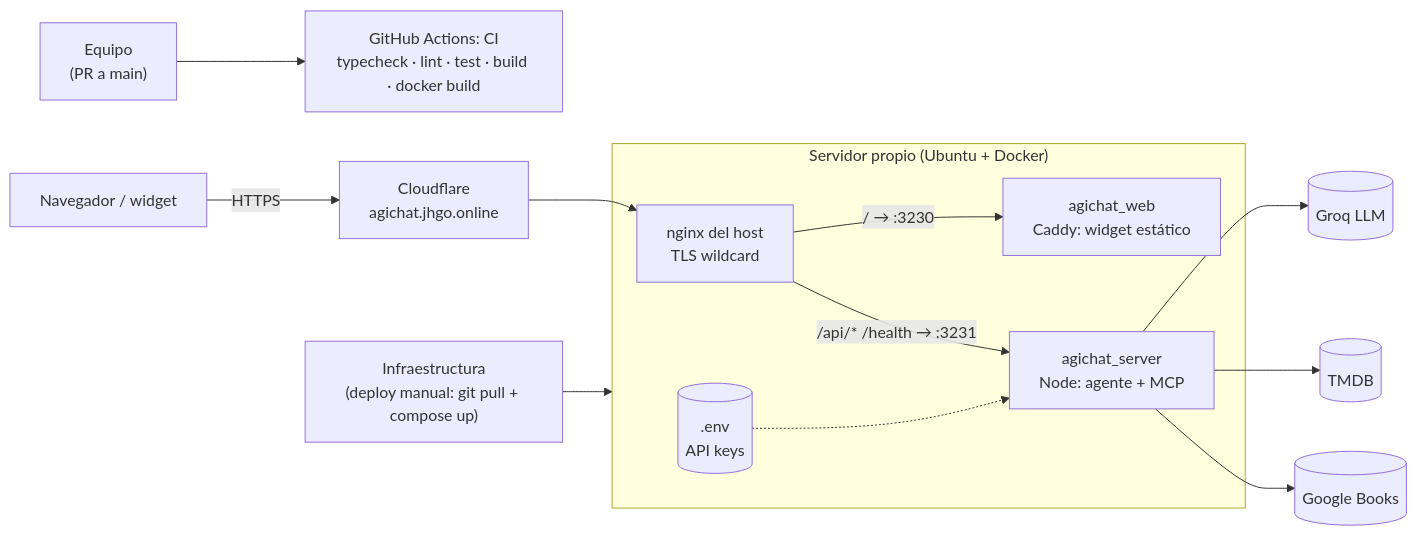
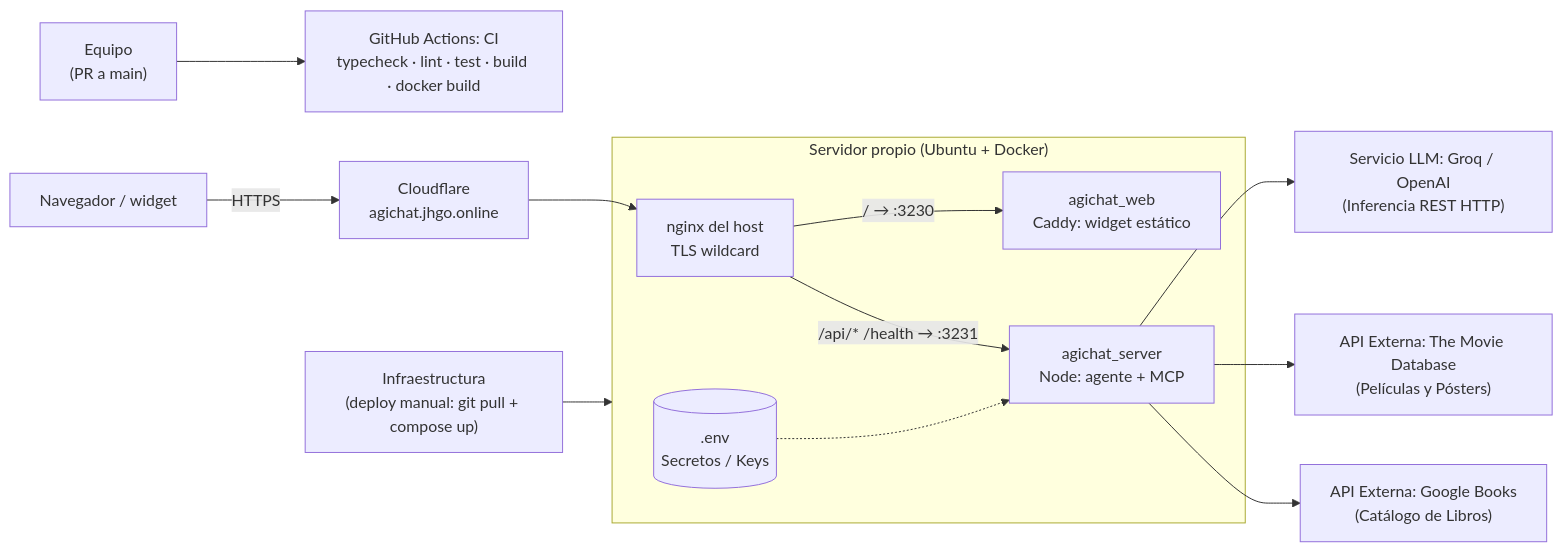
One commit to her24770/ai_engineering-proyecto-1 changed the diagram in docs/INFRAESTRUCTURA.md. Above: the diagram before and after it, drawn with Mermaid. The commit also changed other lines of this file and 5 other files, not shown here.

````diff
--- a/docs/INFRAESTRUCTURA.md
+++ b/docs/INFRAESTRUCTURA.md
@@ -7,18 +7,18 @@
 ```mermaid
 flowchart LR
     Dev["Equipo<br/>(PR a main)"] --> CI["GitHub Actions: CI<br/>typecheck · lint · test · build · docker build"]
     Infra["Infraestructura<br/>(deploy manual: git pull + compose up)"] --> VPS
 
     Browser["Navegador / widget"] -->|HTTPS| CF["Cloudflare<br/>agichat.jhgo.online"]
     CF --> Nginx
 
     subgraph VPS["Servidor propio (Ubuntu + Docker)"]
         Nginx["nginx del host<br/>TLS wildcard"] -->|"/  → :3230"| Web["agichat_web<br/>Caddy: widget estático"]
         Nginx -->|"/api/* /health → :3231"| Server["agichat_server<br/>Node: agente + MCP"]
-        Env[(".env<br/>API keys")] -.-> Server
+        Env[(".env<br/>Secretos / Keys")] -.-> Server
     end
 
-    Server --> LLM[(Groq LLM)]
-    Server --> TMDB[(TMDB)]
-    Server --> Books[(Google Books)]
+    Server --> LLM["Servicio LLM: Groq / OpenAI<br/>(Inferencia REST HTTP)"]
+    Server --> TMDB["API Externa: The Movie Database<br/>(Películas y Pósters)"]
+    Server --> Books["API Externa: Google Books<br/>(Catálogo de Libros)"]
 ```
````
